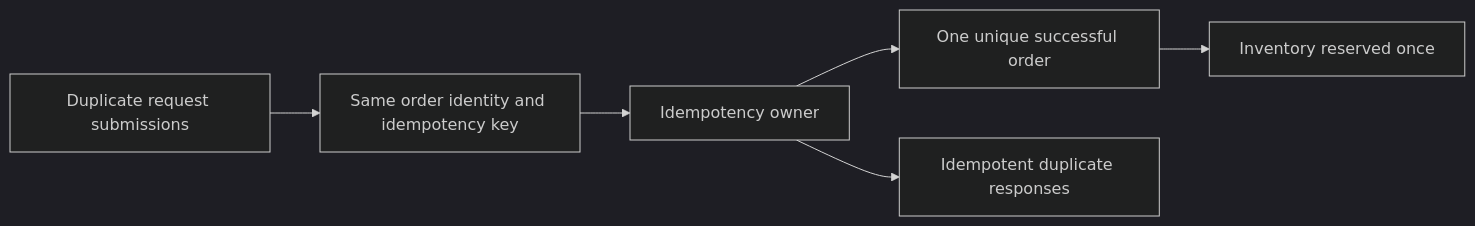
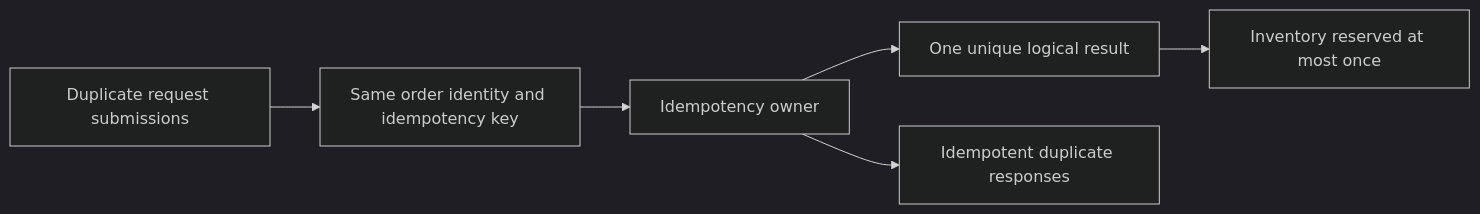
One commit to petesramek/microservices-vs-virtual-actors changed the third of 3 diagrams in docs/12-scenario-guide.md. Above: the diagram before and after it, drawn with Mermaid (dark theme). The commit also changed other lines of this file and 39 other files, not shown here.

````diff
--- a/docs/12-scenario-guide.md
+++ b/docs/12-scenario-guide.md
@@ -72,15 +80,15 @@
 ```mermaid
 flowchart LR
     Requests[Duplicate request submissions]
     SameIdentity[Same order identity and idempotency key]
     Owner[Idempotency owner]
-    Unique[One unique successful order]
+    Unique[One unique logical result]
     Duplicates[Idempotent duplicate responses]
-    Inventory[Inventory reserved once]
+    Inventory[Inventory reserved at most once]
 
     Requests --> SameIdentity
     SameIdentity --> Owner
     Owner --> Unique
     Owner --> Duplicates
     Unique --> Inventory
 ```
````
